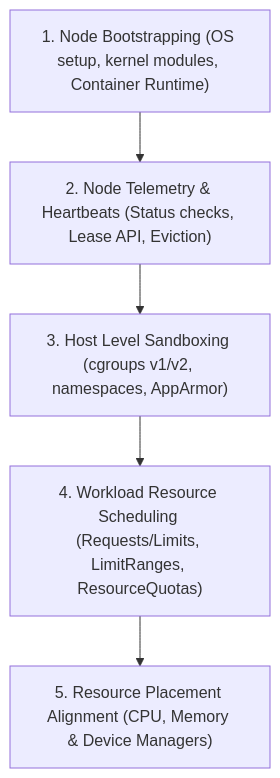
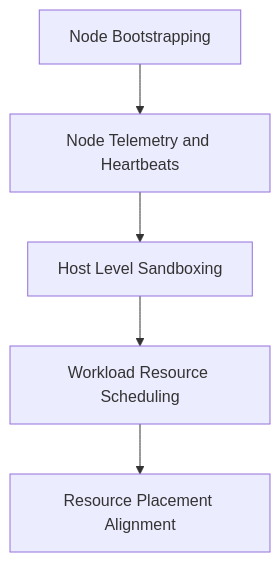
One commit to kmashour/BrainDump changed the diagram in Reference Notes/03_node_mechanics_and_resource_limits.md. Above: the diagram before and after it, drawn with Mermaid. The commit also changed 15 other files, not shown here.

Commit message:
docs: simplify cognitive map mermaid syntax for general compatibility

````diff
--- a/Reference Notes/03_node_mechanics_and_resource_limits.md
+++ b/Reference Notes/03_node_mechanics_and_resource_limits.md
@@ -11,7 +11,7 @@
 ```mermaid
 graph TD
-    A["1. Node Bootstrapping (OS setup, kernel modules, Container Runtime)"] --> B["2. Node Telemetry & Heartbeats (Status checks, Lease API, Eviction)"]
-    B --> C["3. Host Level Sandboxing (cgroups v1/v2, namespaces, AppArmor)"]
-    C --> D["4. Workload Resource Scheduling (Requests/Limits, LimitRanges, ResourceQuotas)"]
-    D --> E["5. Resource Placement Alignment (CPU, Memory & Device Managers)"]
+    A["Node Bootstrapping"] --> B["Node Telemetry and Heartbeats"]
+    B --> C["Host Level Sandboxing"]
+    C --> D["Workload Resource Scheduling"]
+    D --> E["Resource Placement Alignment"]
 ```
````
